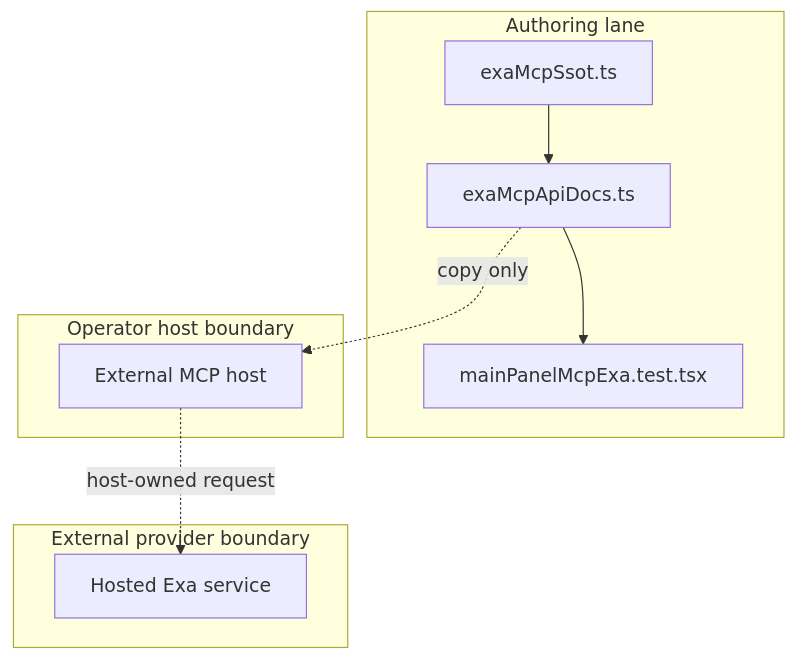
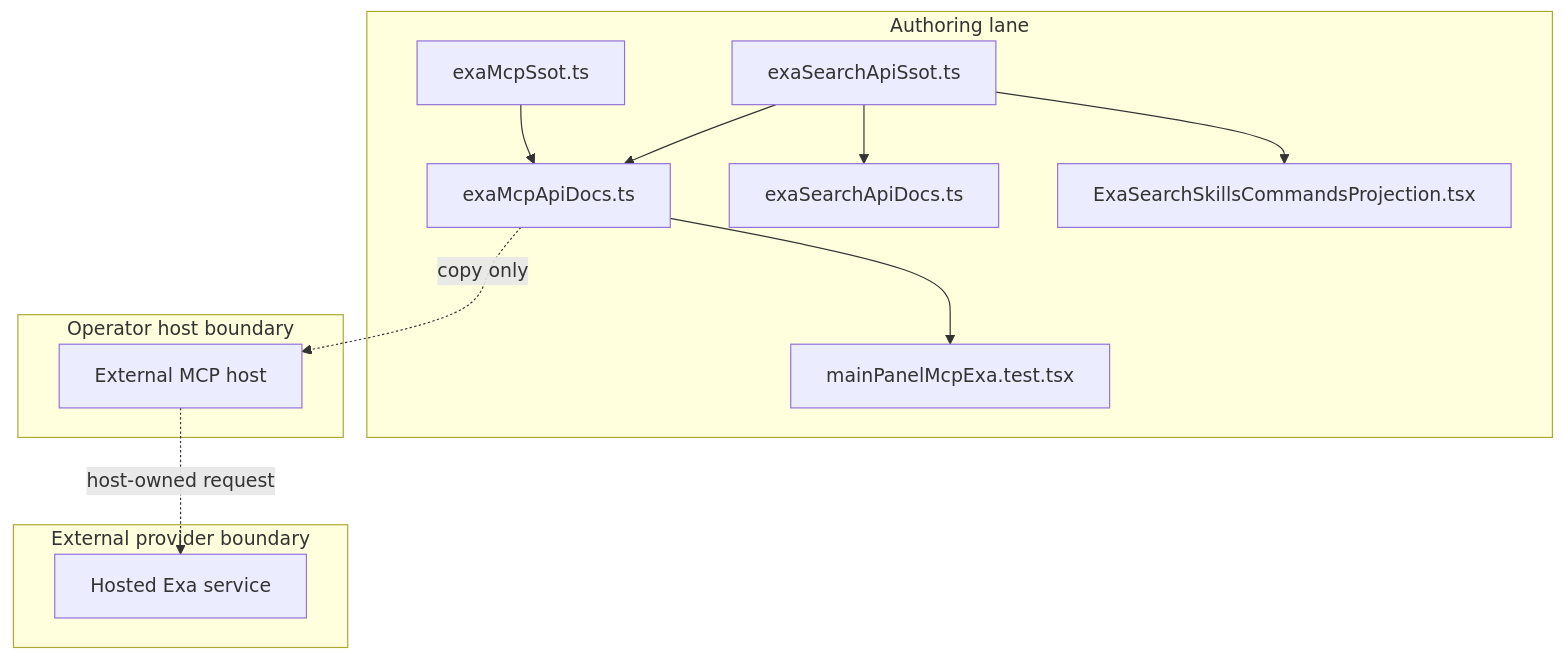
One commit to huijoohwee/agentic-graph changed the second of 2 diagrams in docs/documents/knowgrph-mcp/knowgrph-exa-mcp-prd-tad.md. Above: the diagram before and after it, drawn with Mermaid. The commit also changed other lines of this file and 15 other files, not shown here.

Commit message:
feat(exa): project coding-agent search contract

````diff
--- a/docs/documents/knowgrph-mcp/knowgrph-exa-mcp-prd-tad.md
+++ b/docs/documents/knowgrph-mcp/knowgrph-exa-mcp-prd-tad.md
@@ -188,17 +202,23 @@
 ```mermaid
 flowchart TB
     subgraph Authoring["Authoring lane"]
       S["exaMcpSsot.ts"]
+      A["exaSearchApiSsot.ts"]
       U["exaMcpApiDocs.ts"]
+      I["exaSearchApiDocs.ts"]
+      K["ExaSearchSkillsCommandsProjection.tsx"]
       T["mainPanelMcpExa.test.tsx"]
     end
     subgraph Host["Operator host boundary"]
       H["External MCP host"]
     end
     subgraph Upstream["External provider boundary"]
       P["Hosted Exa service"]
     end
+    A --> I
+    A --> U
+    A --> K
     S --> U --> T
     U -. "copy only" .-> H
     H -. "host-owned request" .-> P
 ```
````
